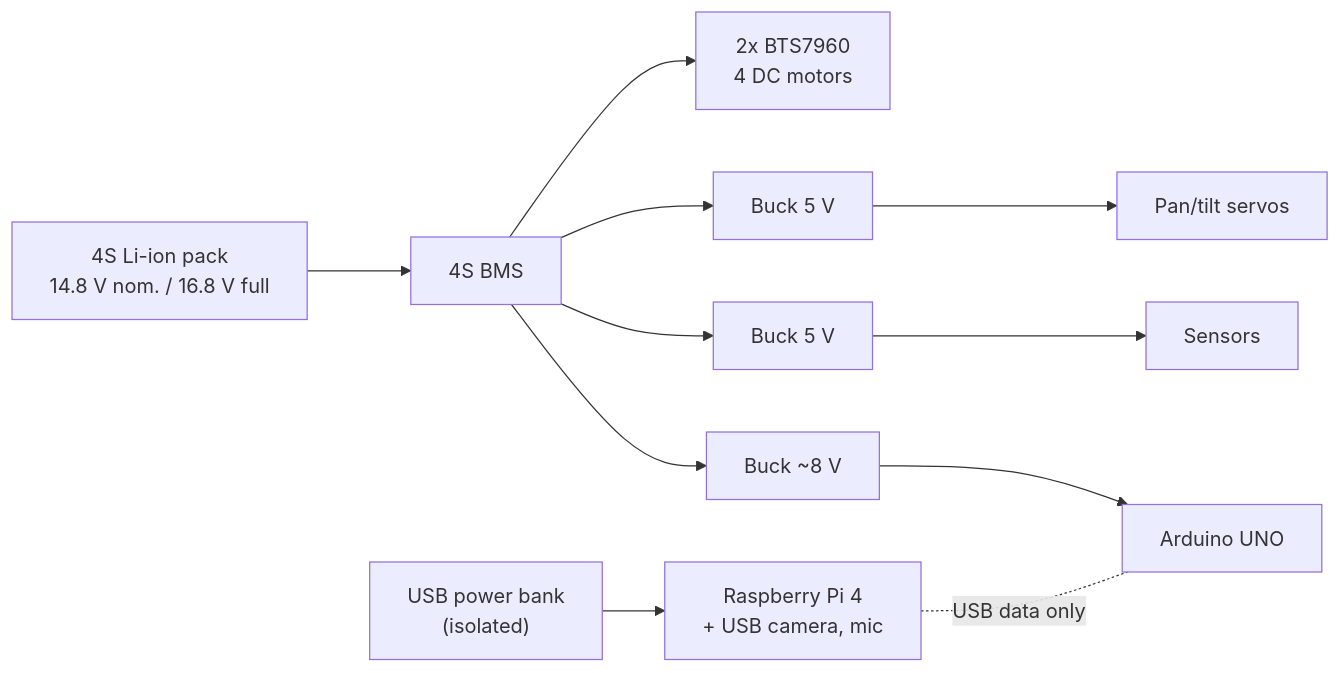
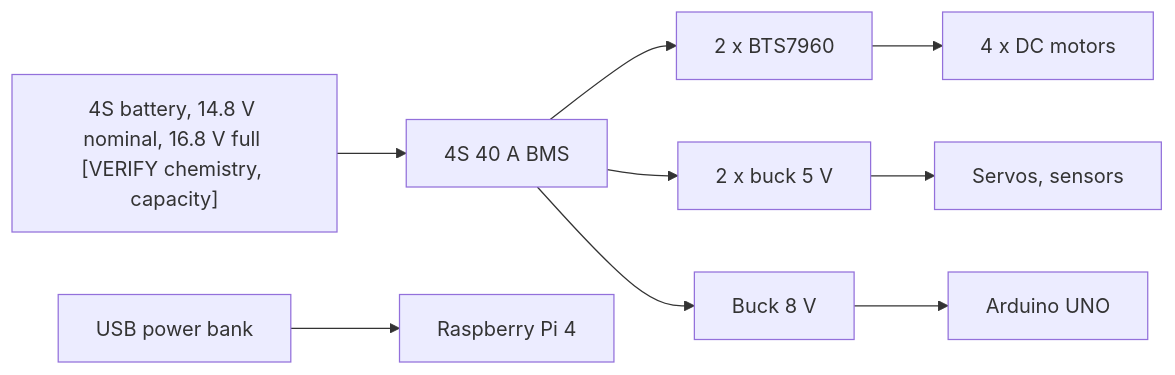
Before and after one commit to baiust999/robort-code-from-pi: the second of 12 diagrams in research paper/section3_methodology.md, drawn with Mermaid. The commit also changed other lines of this file and 2 other files, not shown here.

````diff
--- a/research paper/section3_methodology.md
+++ b/research paper/section3_methodology.md
@@ -149,10 +60,8 @@
 ```mermaid
 flowchart LR
-  BAT["4S Li-ion pack<br/>14.8 V nom. / 16.8 V full"] --> BMS["4S BMS"]
-  BMS --> DRV["2x BTS7960<br/>4 DC motors"]
-  BMS --> B1["Buck 5 V"] --> SRV["Pan/tilt servos"]
-  BMS --> B2["Buck 5 V"] --> SNS["Sensors"]
-  BMS --> B3["Buck ~8 V"] --> UNO["Arduino UNO"]
-  PB["USB power bank<br/>(isolated)"] --> PI["Raspberry Pi 4<br/>+ USB camera, mic"]
-  PI -. "USB data only" .- UNO
+  B["4S battery, 14.8 V nominal, 16.8 V full [VERIFY chemistry, capacity]"] --> M["4S 40 A BMS"]
+  M --> DRV["2 x BTS7960"] --> MOT["4 x DC motors"]
+  M --> S5["2 x buck 5 V"] --> SV["Servos, sensors"]
+  M --> S8["Buck 8 V"] --> UNO["Arduino UNO"]
+  PB["USB power bank"] --> PI["Raspberry Pi 4"]
 ```
````
